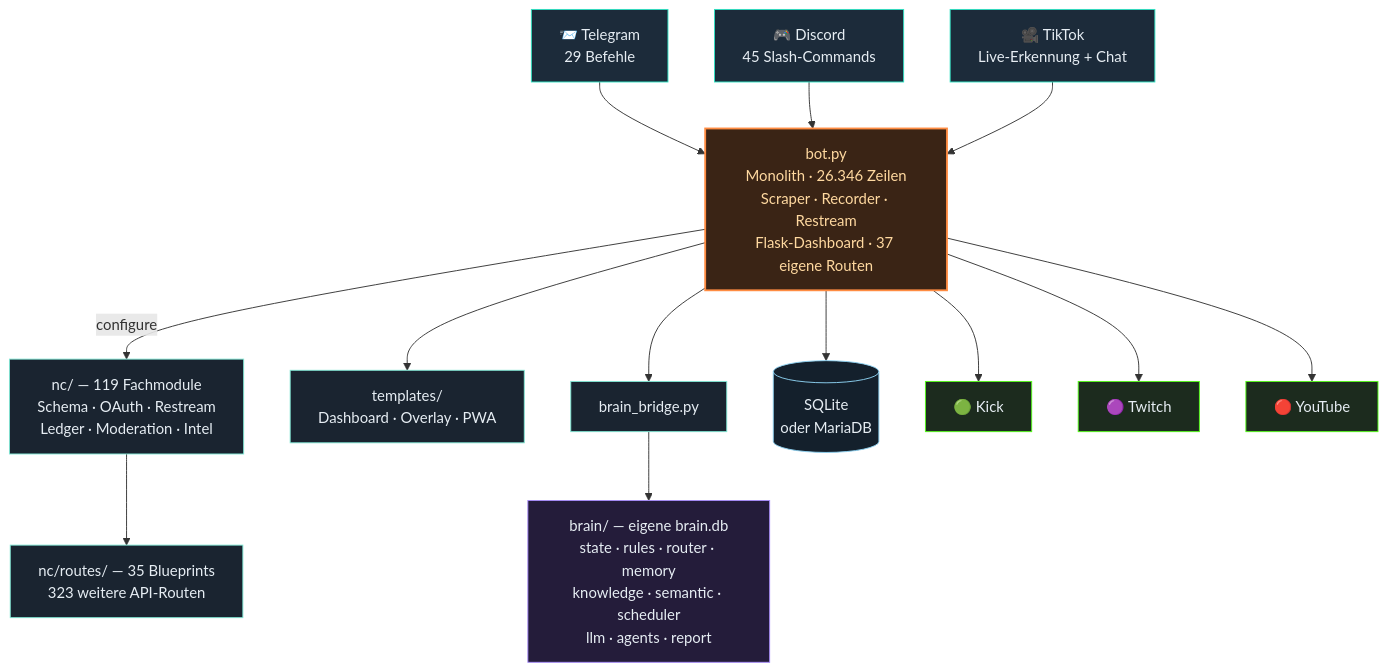
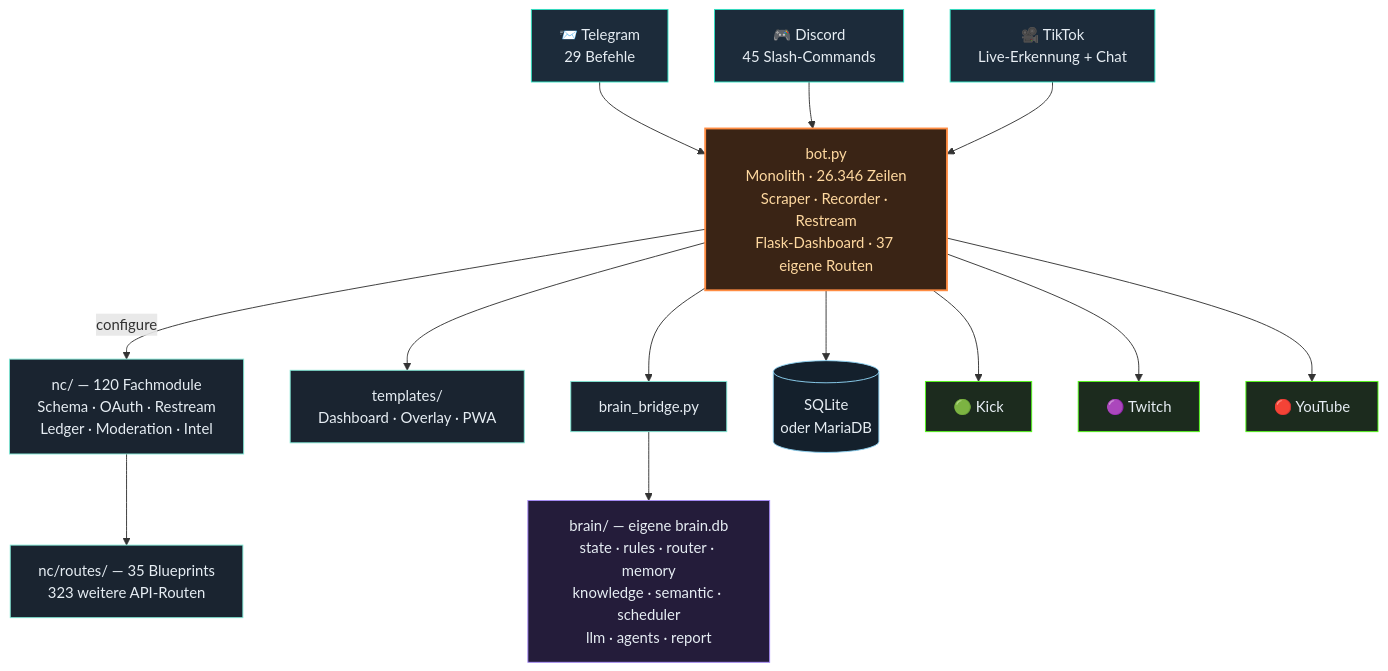
The third of 4 diagrams in README.md (itsamemedev/Telegram-Stream-Info-Bot), drawn with Mermaid before and after one commit. The commit also changed other lines of this file and 13 other files, not shown here.

````diff
--- a/README.md
+++ b/README.md
@@ -189,30 +189,30 @@
 ```mermaid
 flowchart TB
     TG["📨 Telegram<br/>29 Befehle"]:::ein
     DC["🎮 Discord<br/>45 Slash-Commands"]:::ein
     TT["🎥 TikTok<br/>Live-Erkennung + Chat"]:::ein
 
     TG --> BOT
     DC --> BOT
     TT --> BOT
 
     BOT["bot.py<br/>Monolith · 26.346 Zeilen<br/>Scraper · Recorder · Restream<br/>Flask-Dashboard · 37 eigene Routen"]:::core
 
-    BOT -->|configure| NC["nc/ — 119 Fachmodule<br/>Schema · OAuth · Restream<br/>Ledger · Moderation · Intel"]:::lib
+    BOT -->|configure| NC["nc/ — 120 Fachmodule<br/>Schema · OAuth · Restream<br/>Ledger · Moderation · Intel"]:::lib
     NC --> RT["nc/routes/ — 35 Blueprints<br/>323 weitere API-Routen"]:::lib
     BOT --> TPL["templates/<br/>Dashboard · Overlay · PWA"]:::lib
     BOT --> BR["brain_bridge.py"]:::lib
     BR --> BRAIN["brain/ — eigene brain.db<br/>state · rules · router · memory<br/>knowledge · semantic · scheduler<br/>llm · agents · report"]:::brain
     BOT --> DB[("SQLite<br/>oder MariaDB")]:::db
 
     BOT --> KICK["🟢 Kick"]:::out
     BOT --> TW["🟣 Twitch"]:::out
     BOT --> YT["🔴 YouTube"]:::out
 
     classDef ein fill:#1c2b3a,stroke:#2de1c2,color:#e6edf3
     classDef core fill:#3a2415,stroke:#ff8c42,stroke-width:2px,color:#ffd9a0
     classDef lib fill:#1a2430,stroke:#7fe7d4,color:#e6edf3
     classDef brain fill:#241c3a,stroke:#a78bfa,color:#e6edf3
     classDef db fill:#14202c,stroke:#8fd3f4,color:#e6edf3
     classDef out fill:#1c2b1e,stroke:#53fc18,color:#e6edf3
 ```
````
